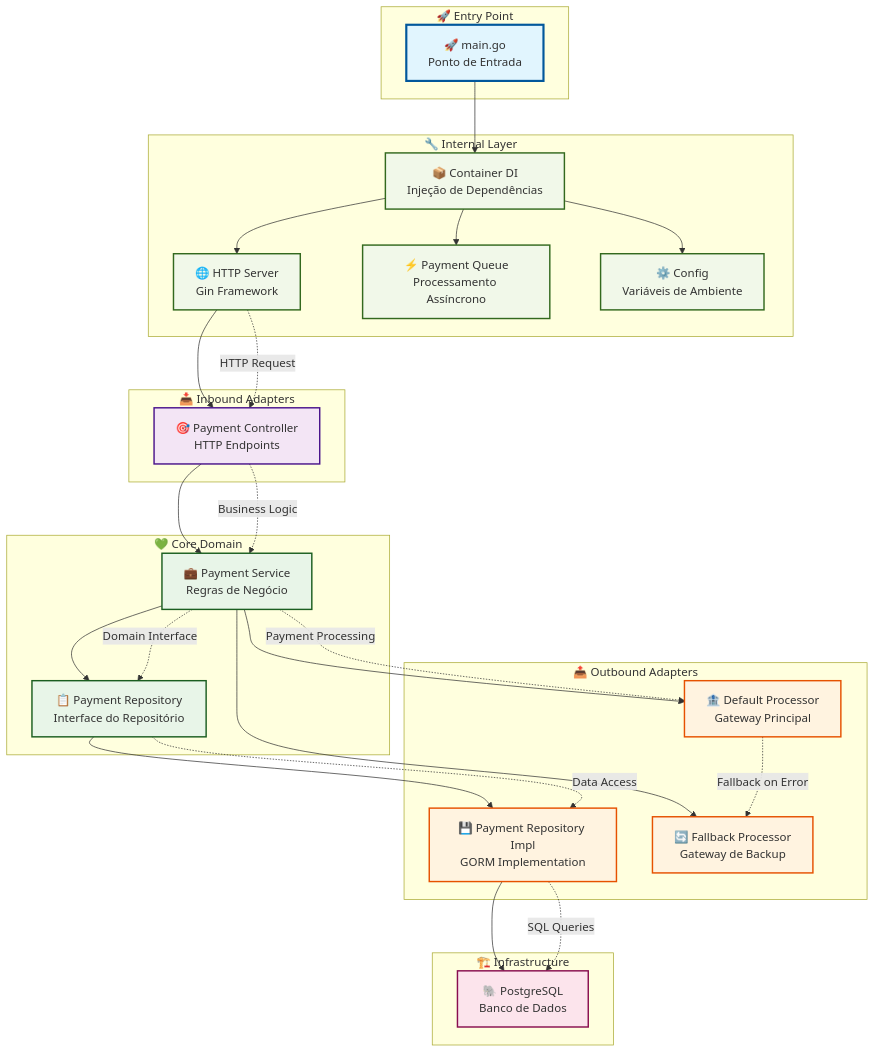
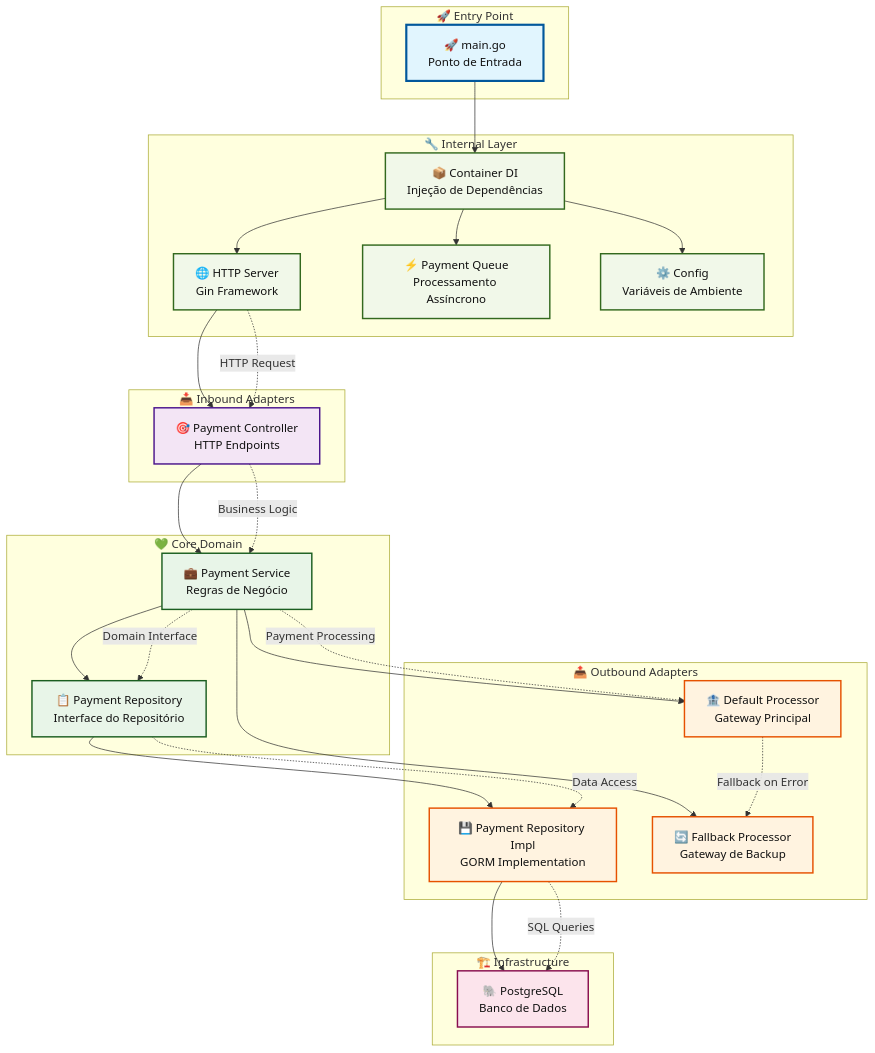
One commit to fabianoflorentino/mr-robot changed the diagram in README.md. Above: the diagram before and after it, drawn with Mermaid. The commit also changed other lines of this file, not shown here.

Commit message:
feat: enhance architecture flowchart with node styling and update environment setup instructions

```diff
--- a/README.md
+++ b/README.md
@@ -49,6 +49,20 @@
     classDef outbound fill:#fff3e0,stroke:#e65100,stroke-width:2px
     classDef infra fill:#fce4ec,stroke:#880e4f,stroke-width:2px
     classDef internal fill:#f1f8e9,stroke:#33691e,stroke-width:2px
+
+    %% Forçar cor do texto preta para todos os nós
+    style A color:#111,fill:#e1f5fe,stroke:#01579b,stroke-width:3px
+    style B color:#111,fill:#f1f8e9,stroke:#33691e,stroke-width:2px
+    style C color:#111,fill:#f1f8e9,stroke:#33691e,stroke-width:2px
+    style Q color:#111,fill:#f1f8e9,stroke:#33691e,stroke-width:2px
+    style K color:#111,fill:#f1f8e9,stroke:#33691e,stroke-width:2px
+    style D color:#111,fill:#f3e5f5,stroke:#4a148c,stroke-width:2px
+    style E color:#111,fill:#e8f5e8,stroke:#1b5e20,stroke-width:2px
+    style F color:#111,fill:#e8f5e8,stroke:#1b5e20,stroke-width:2px
+    style G color:#111,fill:#fff3e0,stroke:#e65100,stroke-width:2px
+    style I color:#111,fill:#fff3e0,stroke:#e65100,stroke-width:2px
+    style J color:#111,fill:#fff3e0,stroke:#e65100,stroke-width:2px
+    style H color:#111,fill:#fce4ec,stroke:#880e4f,stroke-width:2px
 
     %% Componentes principais
     A[🚀 main.go<br/>Ponto de Entrada] --> B[📦 Container DI<br/>Injeção de Dependências]
```
